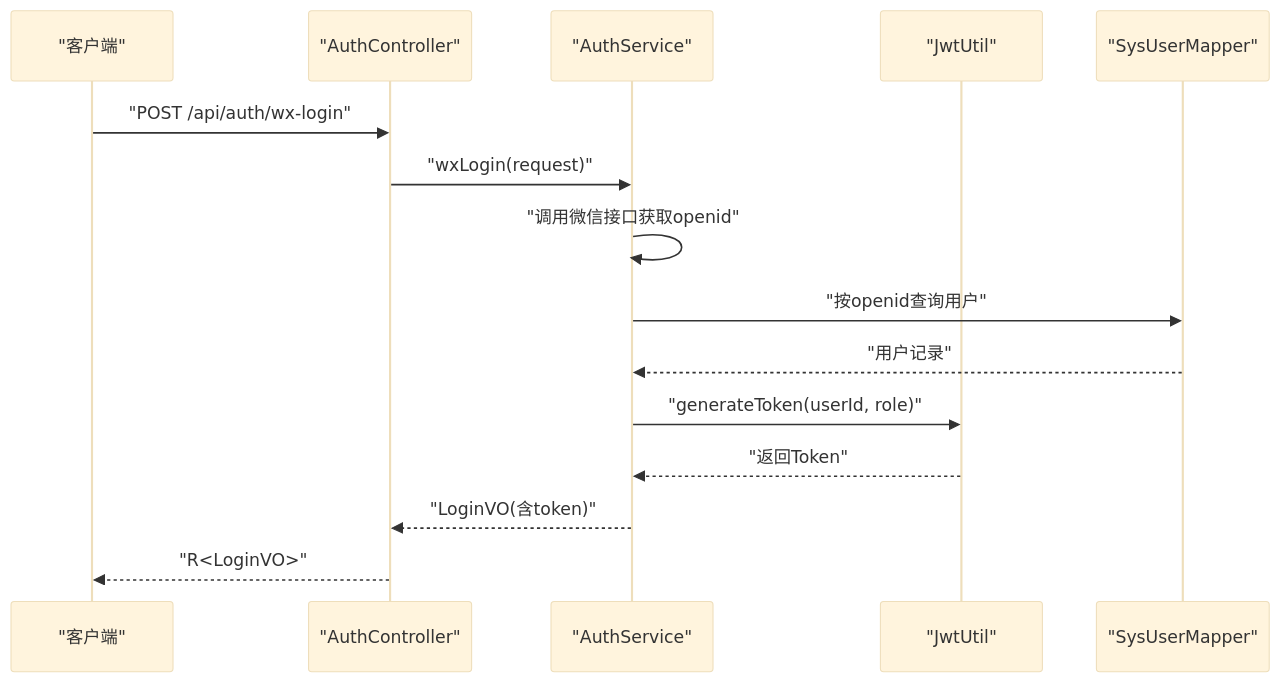
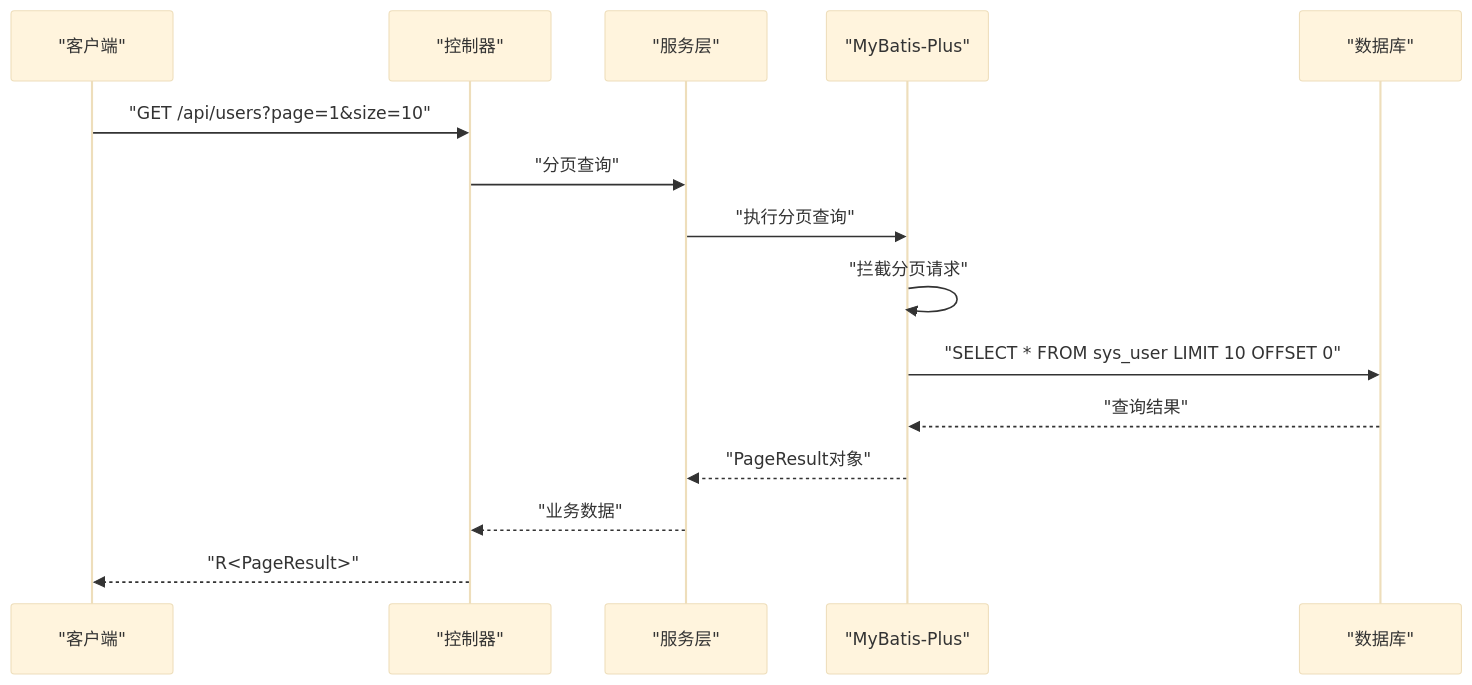
One commit to Jian9527/HelenEdu changed the fourth of 8 diagrams in .qoder/repowiki/zh/content/后端系统设计/后端系统设计.md. Above: the diagram before and after it, drawn with Mermaid (base theme). The commit also changed other lines of this file and 41 other files, not shown here.

````diff
--- a/.qoder/repowiki/zh/content/后端系统设计/后端系统设计.md
+++ b/.qoder/repowiki/zh/content/后端系统设计/后端系统设计.md
@@ -205,17 +213,17 @@
 ```mermaid
 sequenceDiagram
 participant Client as "客户端"
-participant Ctrl as "AuthController"
-participant Svc as "AuthService"
-participant Jwt as "JwtUtil"
-participant Mapper as "SysUserMapper"
-Client->>Ctrl : "POST /api/auth/wx-login"
-Ctrl->>Svc : "wxLogin(request)"
-Svc->>Svc : "调用微信接口获取openid"
-Svc->>Mapper : "按openid查询用户"
-Mapper-->>Svc : "用户记录"
-Svc->>Jwt : "generateToken(userId, role)"
-Jwt-->>Svc : "返回Token"
-Svc-->>Ctrl : "LoginVO(含token)"
-Ctrl-->>Client : "R<LoginVO>"
+participant Ctrl as "控制器"
+participant Svc as "服务层"
+participant MP as "MyBatis-Plus"
+participant DB as "数据库"
+Client->>Ctrl : "GET /api/users?page=1&size=10"
+Ctrl->>Svc : "分页查询"
+Svc->>MP : "执行分页查询"
+MP->>MP : "拦截分页请求"
+MP->>DB : "SELECT * FROM sys_user LIMIT 10 OFFSET 0"
+DB-->>MP : "查询结果"
+MP-->>Svc : "PageResult对象"
+Svc-->>Ctrl : "业务数据"
+Ctrl-->>Client : "R<PageResult>"
 ```
````
